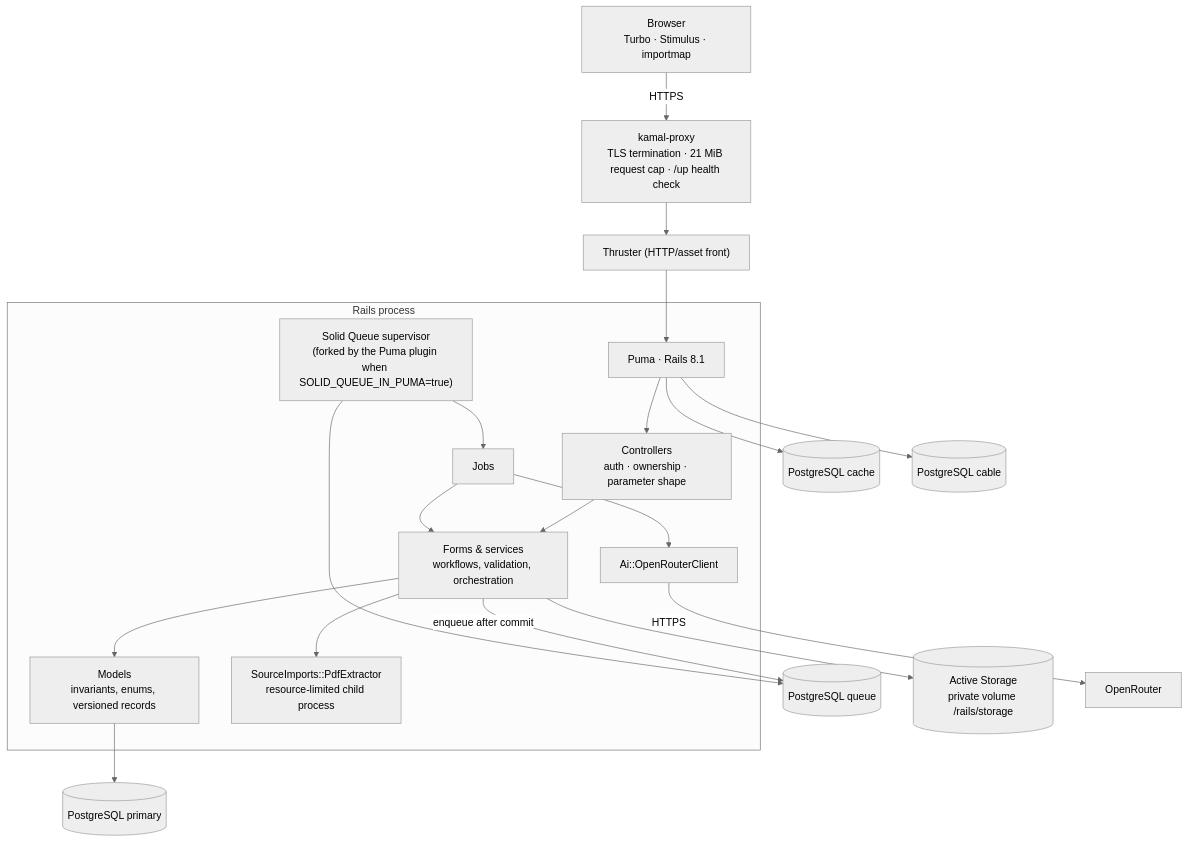
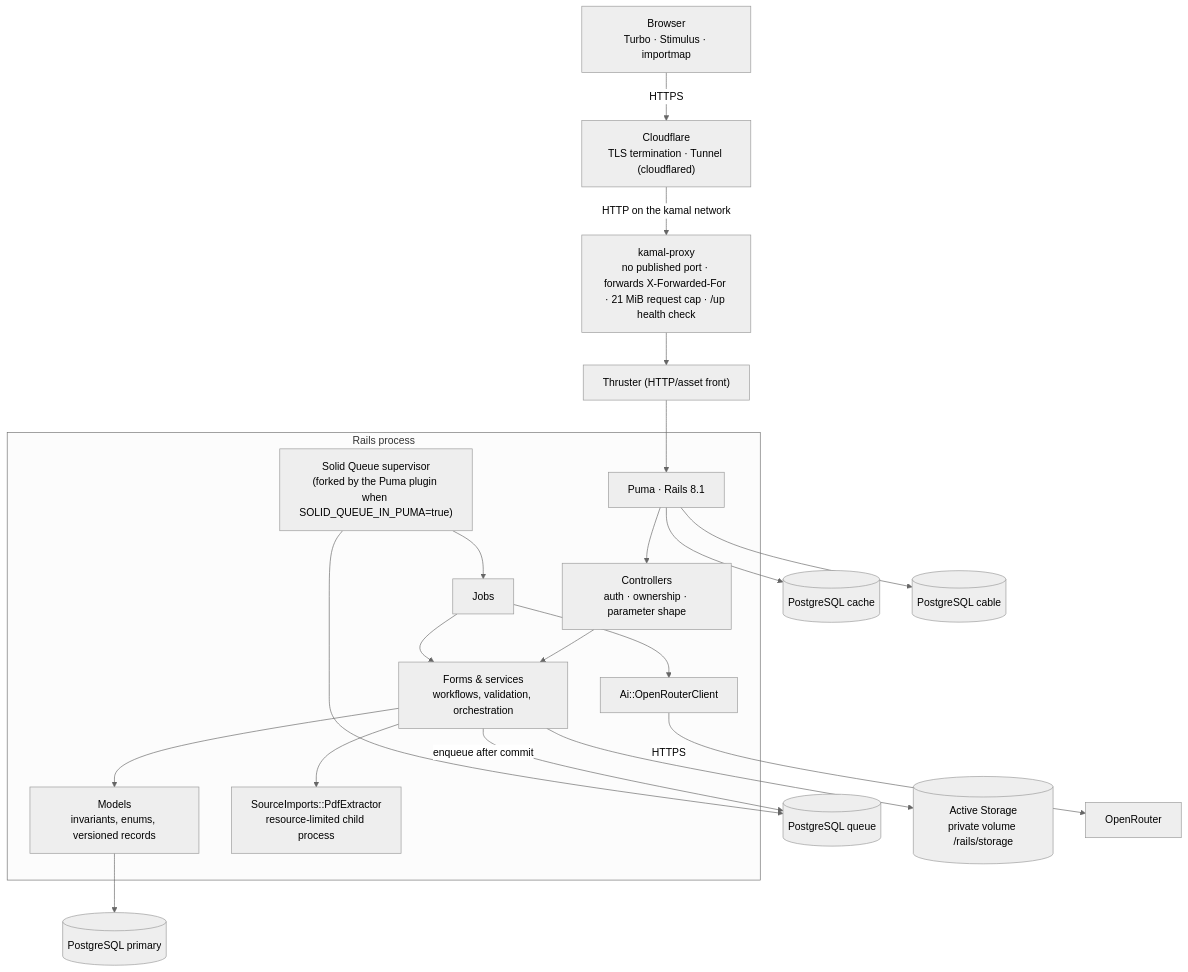
The diagram in docs/architecture/overview.md (XKeviNguyen/three_heavens), drawn with Mermaid (neutral theme) before and after one commit. The commit also changed 2 other files, not shown here.

Commit message:
Describe the Cloudflare Tunnel as the committed deployment topology

````diff
--- a/docs/architecture/overview.md
+++ b/docs/architecture/overview.md
@@ -7,24 +7,25 @@
 ```mermaid
 flowchart TB
-  B["Browser<br/>Turbo · Stimulus · importmap"] -->|HTTPS| KP["kamal-proxy<br/>TLS termination · 21 MiB request cap · /up health check"]
+  B["Browser<br/>Turbo · Stimulus · importmap"] -->|HTTPS| CF["Cloudflare<br/>TLS termination · Tunnel (cloudflared)"]
+  CF -->|"HTTP on the kamal network"| KP["kamal-proxy<br/>no published port · forwards X-Forwarded-For · 21 MiB request cap · /up health check"]
   KP --> TH["Thruster (HTTP/asset front)"]
   TH --> PU["Puma · Rails 8.1"]
 
   subgraph Rails["Rails process"]
     PU --> C["Controllers<br/>auth · ownership · parameter shape"]
     C --> F["Forms & services<br/>workflows, validation, orchestration"]
     F --> M["Models<br/>invariants, enums, versioned records"]
     SQ["Solid Queue supervisor<br/>(forked by the Puma plugin when SOLID_QUEUE_IN_PUMA=true)"] --> J["Jobs"]
     J --> F
     J --> AI["Ai::OpenRouterClient"]
     F --> PDF["SourceImports::PdfExtractor<br/>resource-limited child process"]
   end
 
   M --> PG[("PostgreSQL primary")]
   F -->|"enqueue after commit"| Q[("PostgreSQL queue")]
   SQ --> Q
   PU --> CA[("PostgreSQL cache")]
   PU --> CB[("PostgreSQL cable")]
   F --> AS[("Active Storage<br/>private volume /rails/storage")]
   AI -->|HTTPS| OR["OpenRouter"]
 ```
````
